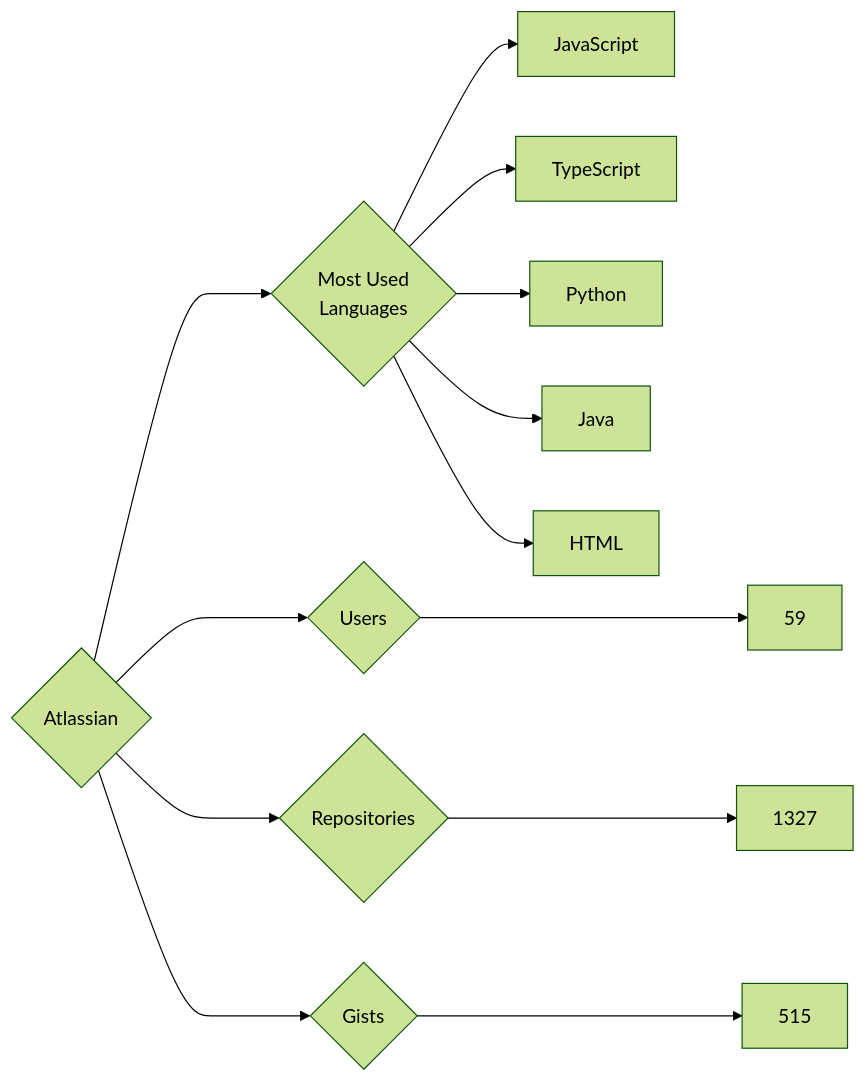
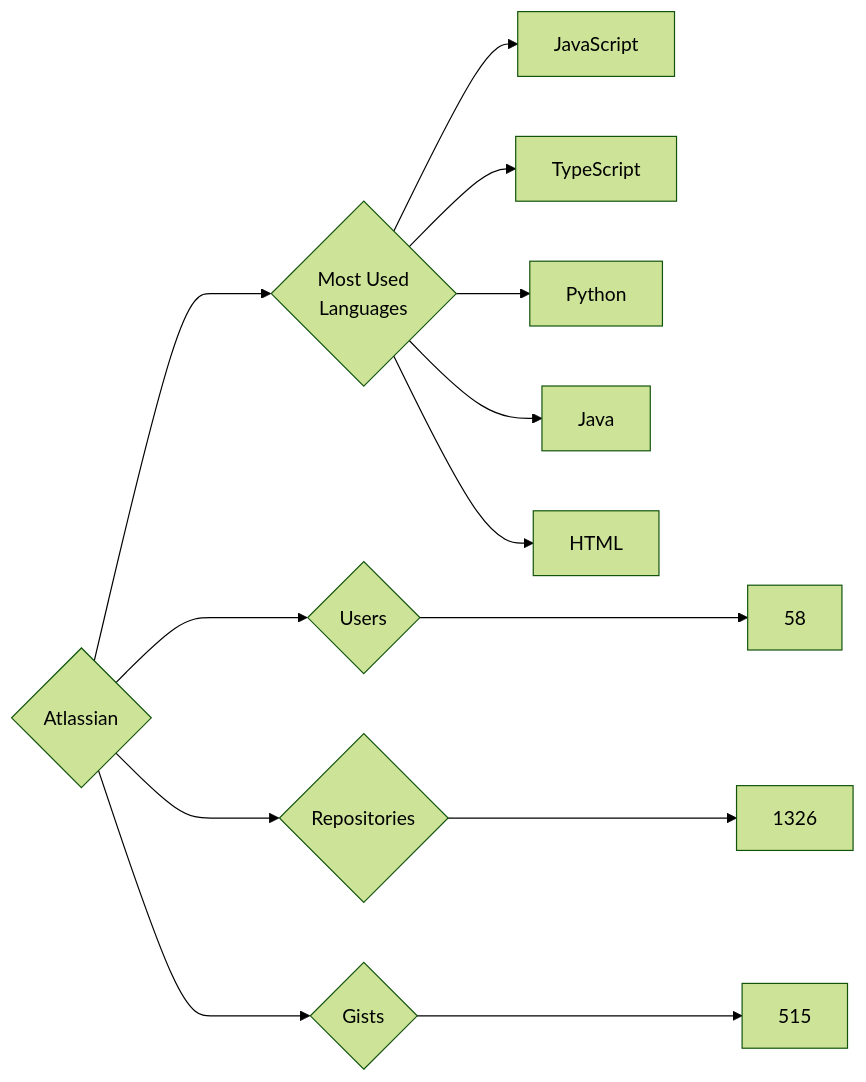
The diagram in targets/Atlassian/README.md (trickest/insiders), drawn with Mermaid (forest theme) before and after one commit. The commit also changed 888 other files, not shown here.

````diff
--- a/targets/Atlassian/README.md
+++ b/targets/Atlassian/README.md
@@ -3,13 +3,13 @@
 ```mermaid
 graph LR
 COMPANY_NAME{Atlassian}
-COMPANY_NAME ---> U{Users} ---> UN[59]
-COMPANY_NAME ---> R{Repositories} ---> RN[1327]
+COMPANY_NAME ---> U{Users} ---> UN[58]
+COMPANY_NAME ---> R{Repositories} ---> RN[1326]
 COMPANY_NAME ---> G{Gists} ---> GN[515]
 COMPANY_NAME ---> ML{Most Used<br>Languages}
 ML --> JavaScript[JavaScript]
 ML --> TypeScript[TypeScript]
 ML --> Python[Python]
 ML --> Java[Java]
 ML --> HTML[HTML]
 ```
````
